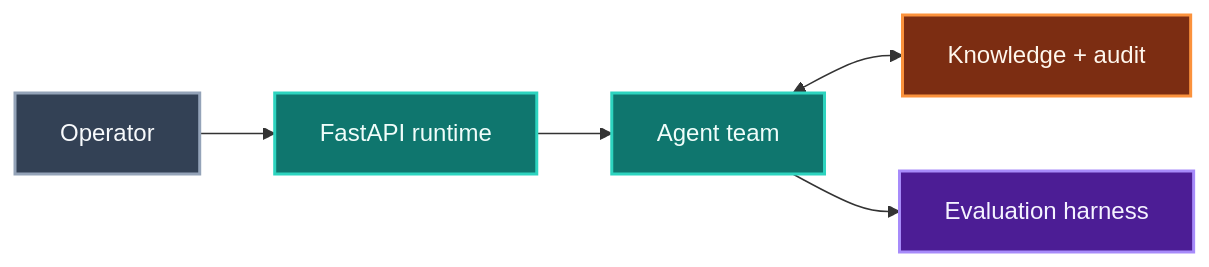
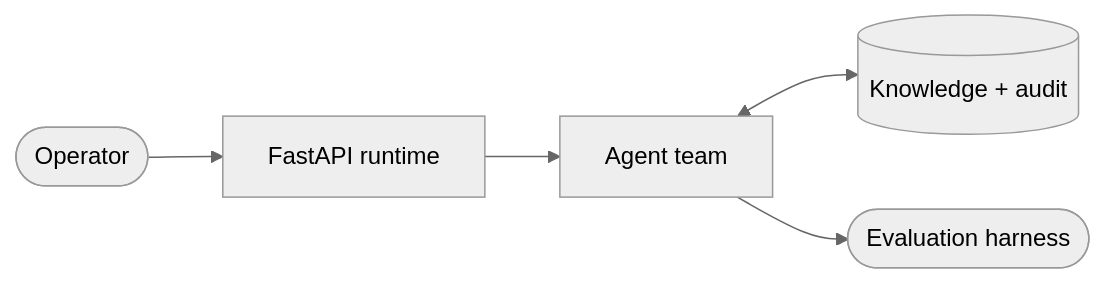
The diagram in README.md (Git-ShivamPatil/agentic-orchestration-platform), drawn with Mermaid before and after one commit. The commit also changed other lines of this file and 1 other file, not shown here.

````diff
--- a/README.md
+++ b/README.md
@@ -32,22 +33,12 @@
 ```mermaid
+%%{init: {'theme':'neutral'}}%%
 flowchart LR
-    N0["Operator"]
+    N0(["Operator"])
     N1["FastAPI runtime"]
     N2["Agent team"]
-    N3["Knowledge + audit"]
-    N4["Evaluation harness"]
+    N3[("Knowledge + audit")]
+    N4(["Evaluation harness"])
 
-    N0 --> N1
-    N1 --> N2
-    N2 <--> N3
+    N0 --> N1 --> N2 <--> N3
     N2 --> N4
-
-    classDef input fill:#334155,stroke:#94a3b8,stroke-width:2px,color:#f8fafc
-    classDef core fill:#0f766e,stroke:#2dd4bf,stroke-width:2px,color:#f0fdfa
-    classDef store fill:#7c2d12,stroke:#fb923c,stroke-width:2px,color:#fff7ed
-    classDef output fill:#4c1d95,stroke:#a78bfa,stroke-width:2px,color:#f5f3ff
-    class N0 input
-    class N1,N2 core
-    class N3 store
-    class N4 output
 ```
````
